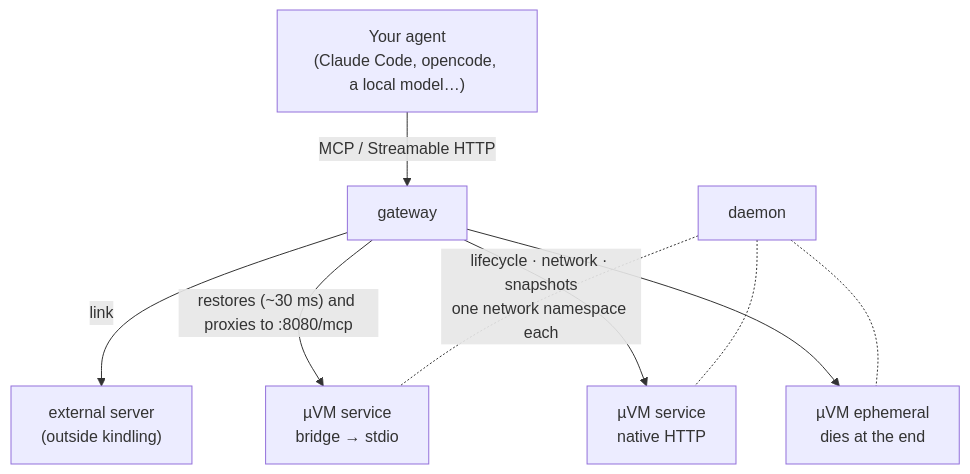
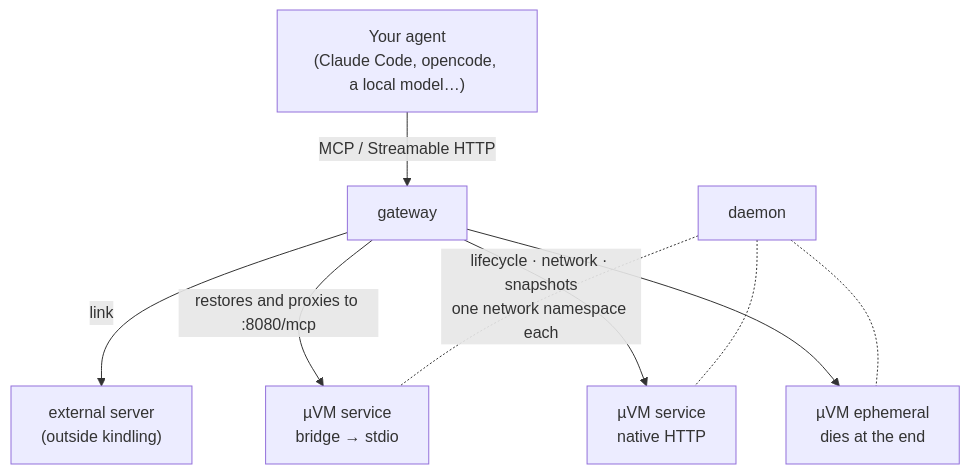
One commit to juan52878911/kindling changed the diagram in docs/guide.md. Above: the diagram before and after it, drawn with Mermaid. The commit also changed other lines of this file and 28 other files, not shown here.

````diff
--- a/docs/guide.md
+++ b/docs/guide.md
@@ -131,11 +128,11 @@
 ```mermaid
 flowchart TD
     A["Your agent<br/>(Claude Code, opencode, a local model…)"] -- "MCP / Streamable HTTP" --> G[gateway]
     G -- link --> E["external server<br/>(outside kindling)"]
-    G -- "restores (~30 ms) and proxies to :8080/mcp" --> V1["µVM service<br/>bridge → stdio"]
+    G -- "restores and proxies to :8080/mcp" --> V1["µVM service<br/>bridge → stdio"]
     G --> V2["µVM service<br/>native HTTP"]
     G --> V3["µVM ephemeral<br/>dies at the end"]
     D[daemon] -. "lifecycle · network · snapshots<br/>one network namespace each" .- V1
     D -.- V2
     D -.- V3
 ```
````
